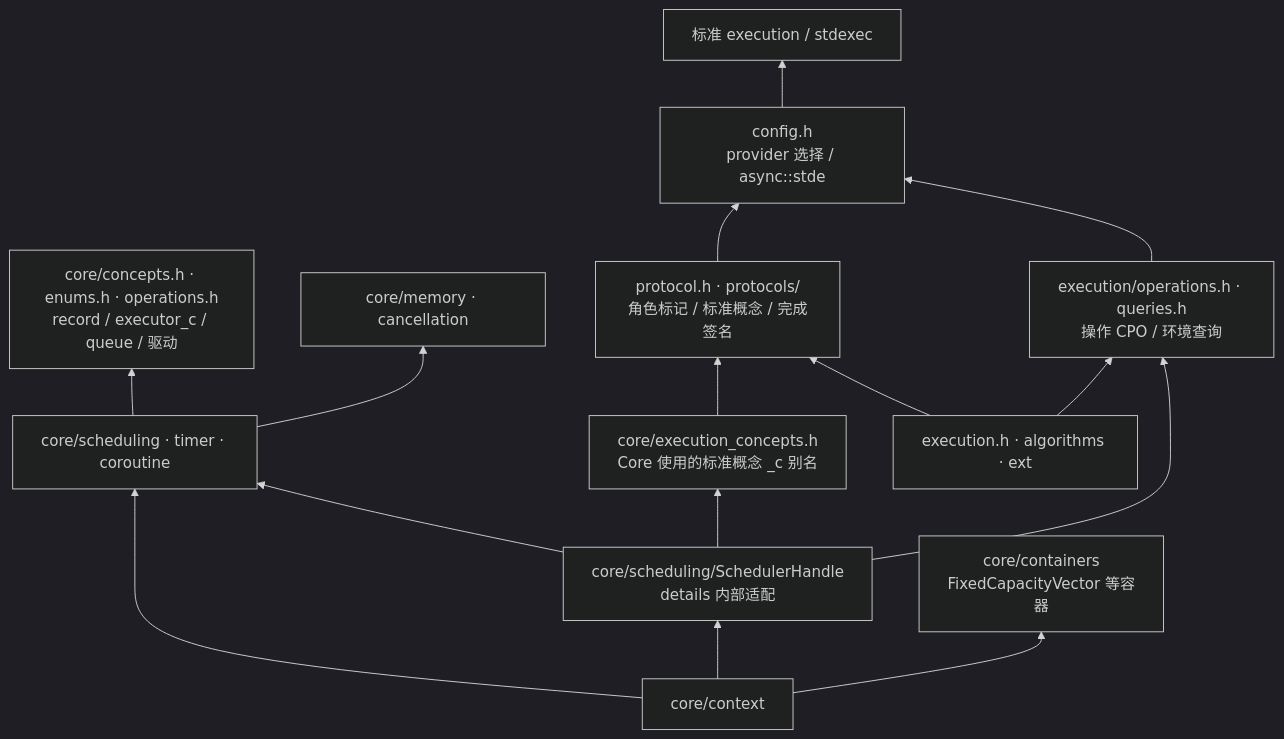
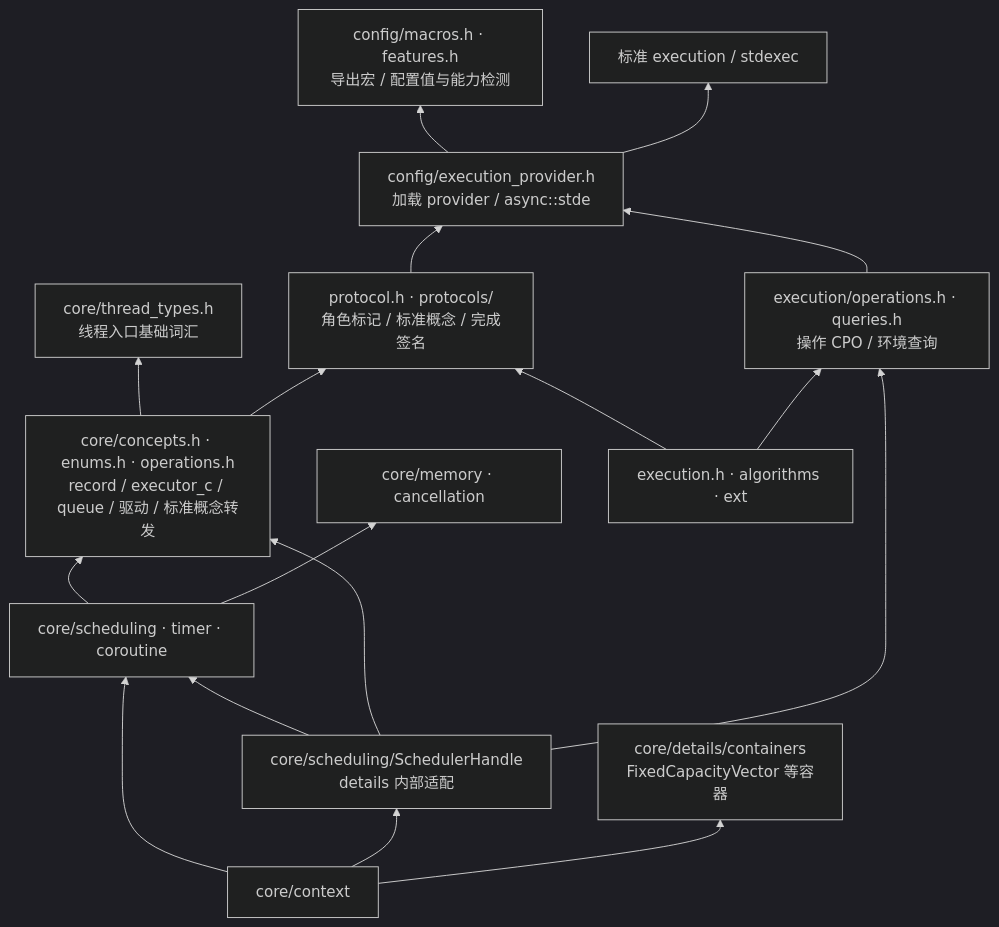
The first of 4 diagrams in CORE_DESIGN.md (mmmmmcree/async), drawn with Mermaid (dark theme) before and after one commit. The commit also changed other lines of this file and 65 other files, not shown here.

````diff
--- a/CORE_DESIGN.md
+++ b/CORE_DESIGN.md
@@ -43,29 +43,32 @@
 ```mermaid
 flowchart BT
-    P["core/concepts.h · enums.h · operations.h<br/>record / executor_c / queue / 驱动"]
-    V["core/execution_concepts.h<br/>Core 使用的标准概念 _c 别名"]
+    P["core/concepts.h · enums.h · operations.h<br/>record / executor_c / queue / 驱动 / 标准概念转发"]
+    T["core/thread_types.h<br/>线程入口基础词汇"]
     M["core/memory · cancellation"]
-    K["core/containers<br/>FixedCapacityVector 等容器"]
+    K["core/details/containers<br/>FixedCapacityVector 等容器"]
     R["core/scheduling · timer · coroutine"]
     C["core/context"]
     EP["protocol.h · protocols/<br/>角色标记 / 标准概念 / 完成签名"]
     O["execution/operations.h · queries.h<br/>操作 CPO / 环境查询"]
     E["execution.h · algorithms · ext"]
-    F["config.h<br/>provider 选择 / async::stde"]
+    F["config/execution_provider.h<br/>加载 provider / async::stde"]
+    FM["config/macros.h · features.h<br/>导出宏 / 配置值与能力检测"]
     S["标准 execution / stdexec"]
     A["core/scheduling/SchedulerHandle<br/>details 内部适配"]
     R --> P
+    P --> T
     R --> M
     C --> R
     C --> A
     C --> K
     E --> EP
     E --> O
     EP --> F
     O --> F
+    F --> FM
     F --> S
-    V --> EP
+    P --> EP
     A --> R
-    A --> V
+    A --> P
     A --> O
 ```
````
